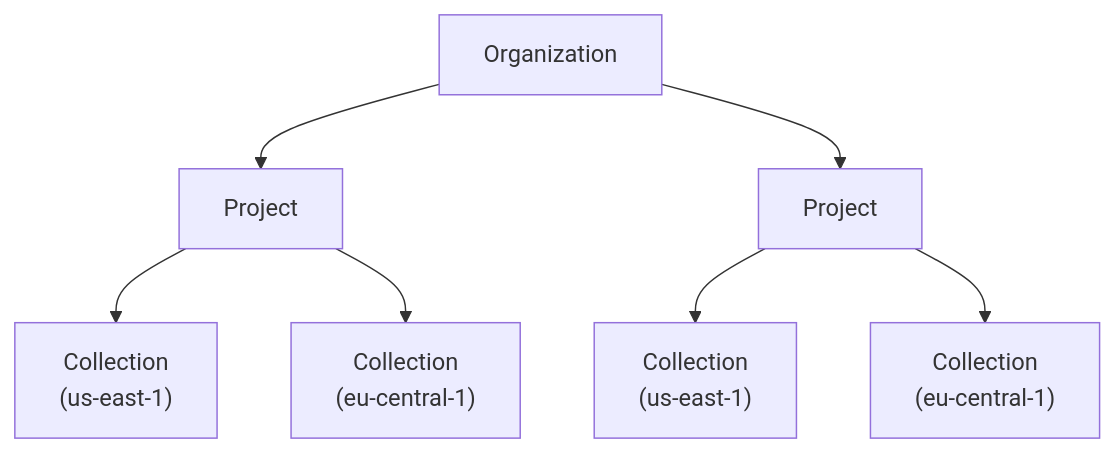
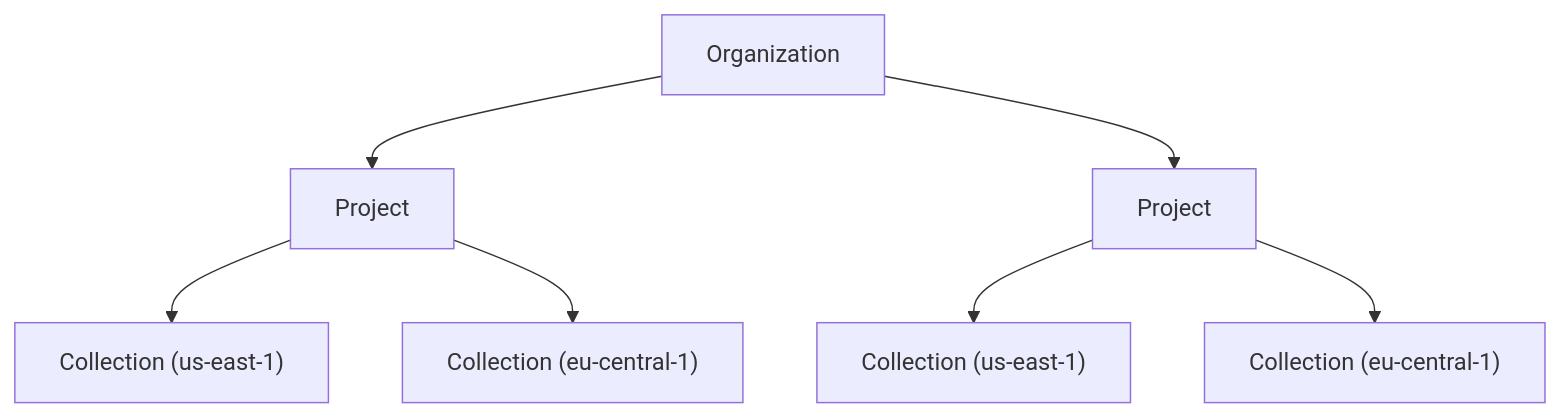
One commit to topk-io/topk changed the diagram in docs/installation.mdx. Above: the diagram before and after it, drawn with Mermaid. The commit also changed other lines of this file and 20 other files, not shown here.

````diff
--- a/docs/installation.mdx
+++ b/docs/installation.mdx
@@ -141,9 +147,9 @@
 ```mermaid
 graph TD
     A[Organization] --> B[Project]
     A --> C[Project]
-    B --> D["Collection\n(us-east-1)"]
-    B --> E["Collection\n(eu-central-1)"]
-    C --> G["Collection\n(us-east-1)"]
-    C --> H["Collection\n(eu-central-1)"]
+    B --> D["Collection (us-east-1)"]
+    B --> E["Collection (eu-central-1)"]
+    C --> G["Collection (us-east-1)"]
+    C --> H["Collection (eu-central-1)"]
 ```
````
